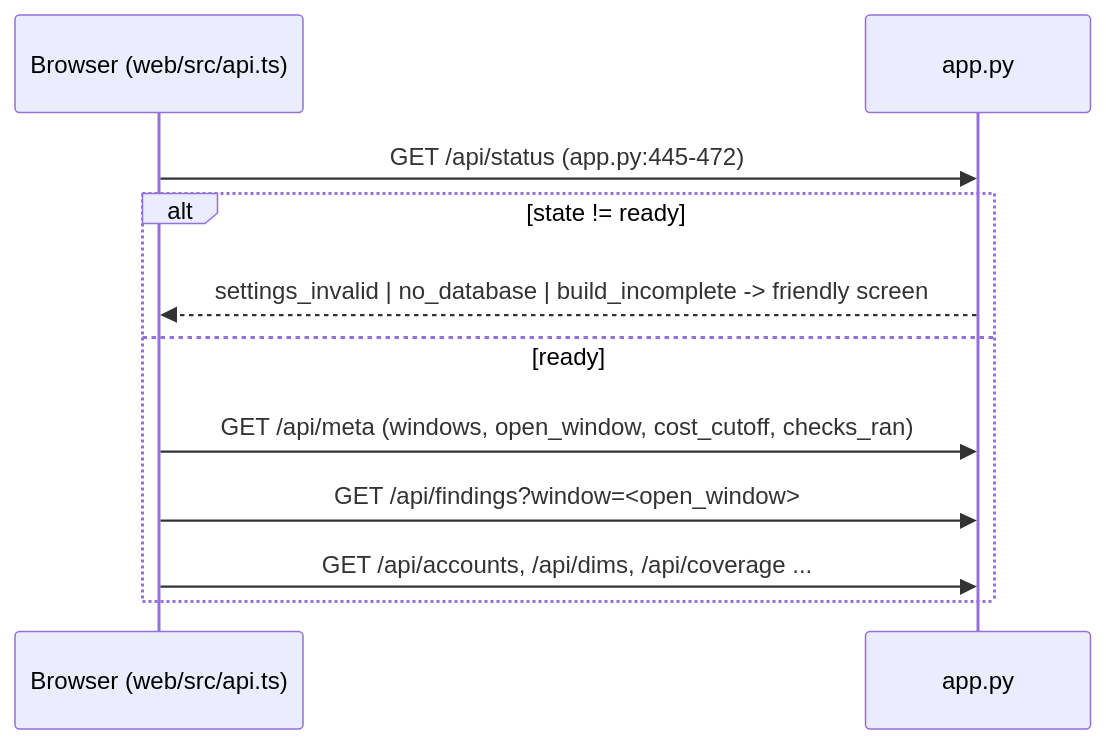
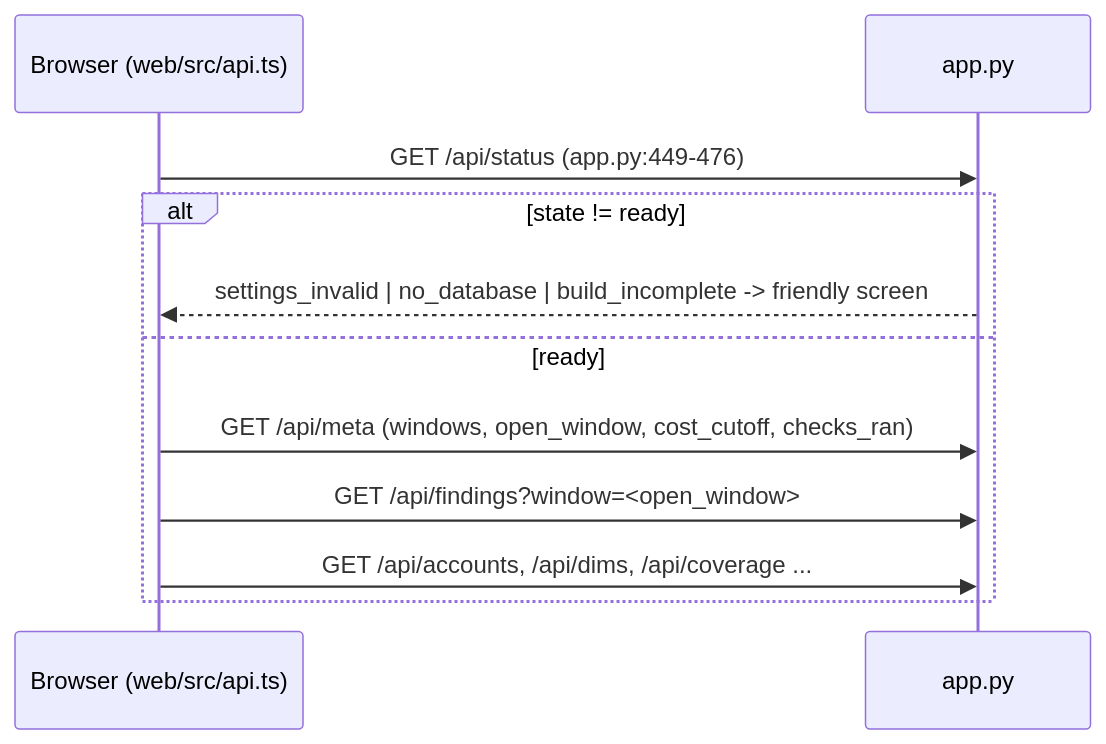
The first of 3 diagrams in snowflake-audit-app-knowledge-graph/flows/request.md (darshanmeel/snowflake-audit-app), drawn with Mermaid before and after one commit. The commit also changed other lines of this file and 36 other files, not shown here.

Commit message:
Remap graph and technical-doc cites to the current code

````diff
--- a/snowflake-audit-app-knowledge-graph/flows/request.md
+++ b/snowflake-audit-app-knowledge-graph/flows/request.md
@@ -7,13 +7,13 @@
 ```mermaid
 sequenceDiagram
   participant UI as Browser (web/src/api.ts)
   participant API as app.py
-  UI->>API: GET /api/status (app.py:445-472)
+  UI->>API: GET /api/status (app.py:449-476)
   alt state != ready
     API-->>UI: settings_invalid | no_database | build_incomplete -> friendly screen
   else ready
     UI->>API: GET /api/meta (windows, open_window, cost_cutoff, checks_ran)
     UI->>API: GET /api/findings?window=<open_window>
     UI->>API: GET /api/accounts, /api/dims, /api/coverage ...
   end
 ```
````
